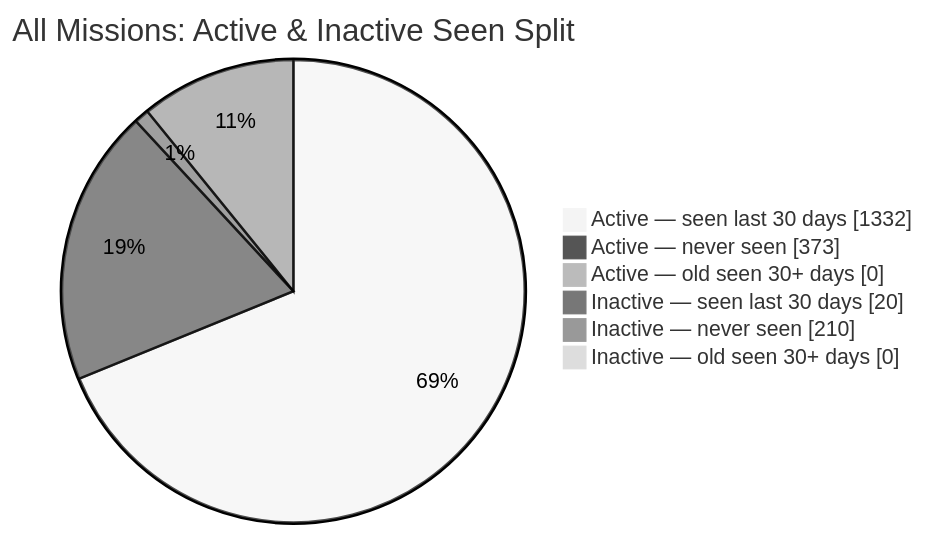
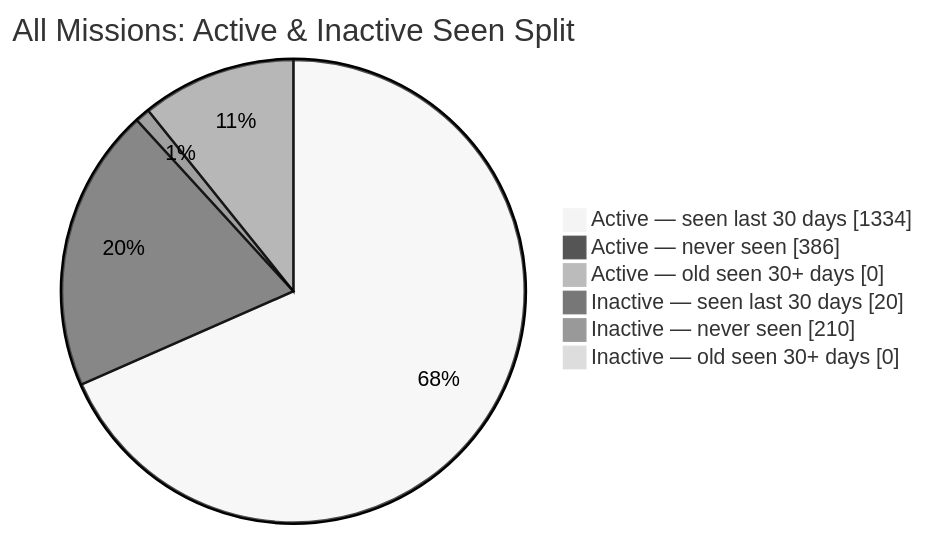
The second of 2 diagrams in README.md (MeldkamerspelGameTeam/active-missions), drawn with Mermaid (neutral theme) before and after one commit. The commit also changed other lines of this file and 3 other files, not shown here.

````diff
--- a/README.md
+++ b/README.md
@@ -44,10 +44,10 @@
 ```mermaid
 pie showData
     title All Missions: Active & Inactive Seen Split
-    "Active — seen last 30 days" : 1332
-    "Active — never seen" : 373
+    "Active — seen last 30 days" : 1334
+    "Active — never seen" : 386
     "Active — old seen 30+ days" : 0
     "Inactive — seen last 30 days" : 20
     "Inactive — never seen" : 210
     "Inactive — old seen 30+ days" : 0
 ```
````
